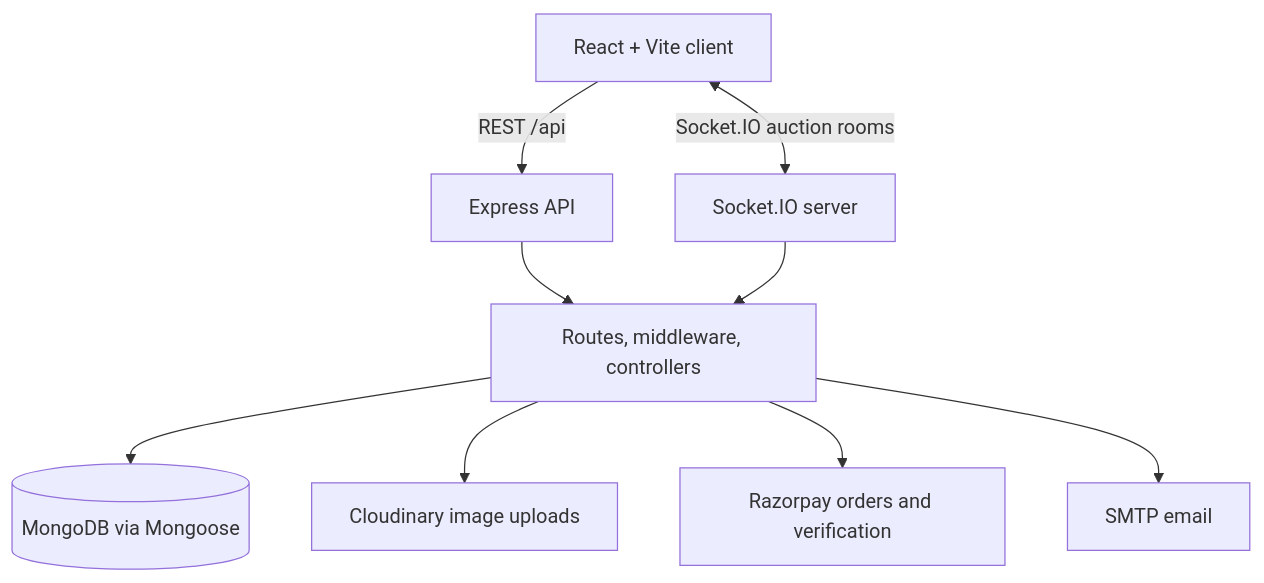
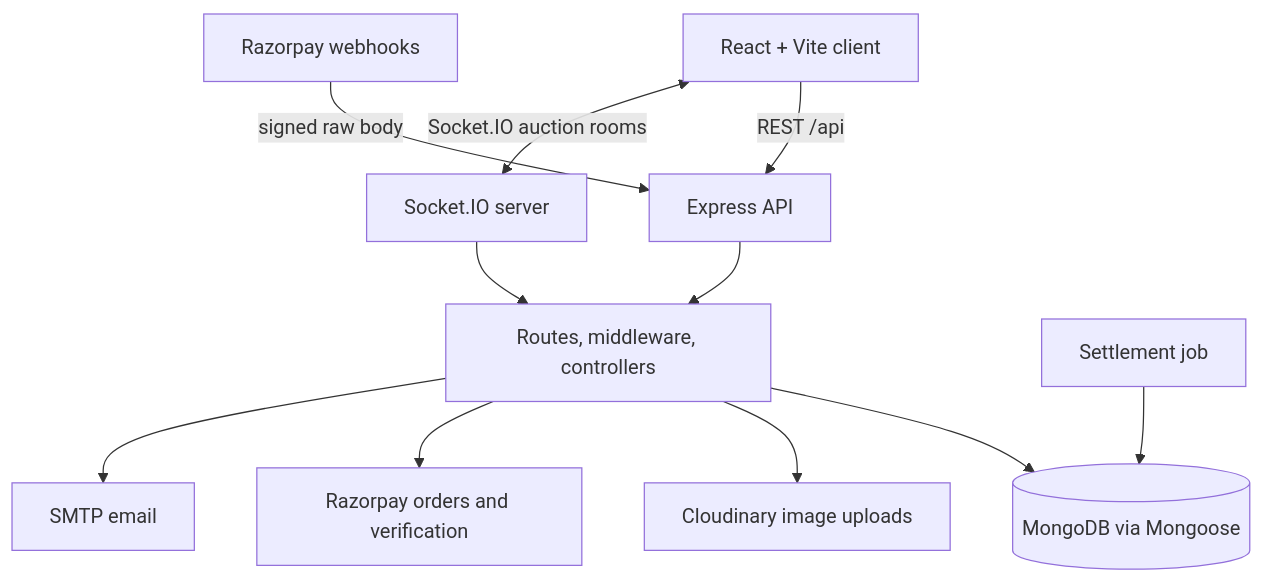
Before and after one commit to MalayShikharSoni/FarmEasy: the second of 2 diagrams in README.md, drawn with Mermaid. The commit also changed other lines of this file and 49 other files, not shown here.

````diff
--- a/README.md
+++ b/README.md
@@ -37,11 +45,13 @@
 ```mermaid
 flowchart TB
     Browser[React + Vite client] -->|REST /api| API[Express API]
     Browser <-->|Socket.IO auction rooms| Realtime[Socket.IO server]
     API --> Controllers[Routes, middleware, controllers]
     Realtime --> Controllers
     Controllers --> Mongo[(MongoDB via Mongoose)]
     Controllers --> Cloudinary[Cloudinary image uploads]
     Controllers --> Razorpay[Razorpay orders and verification]
+    RazorpayHook[Razorpay webhooks] -->|signed raw body| API
+    Jobs[Settlement job] --> Mongo
     Controllers --> SMTP[SMTP email]
 ```
````
